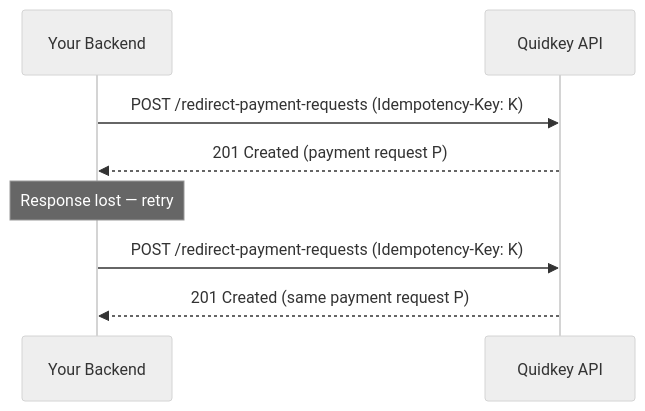
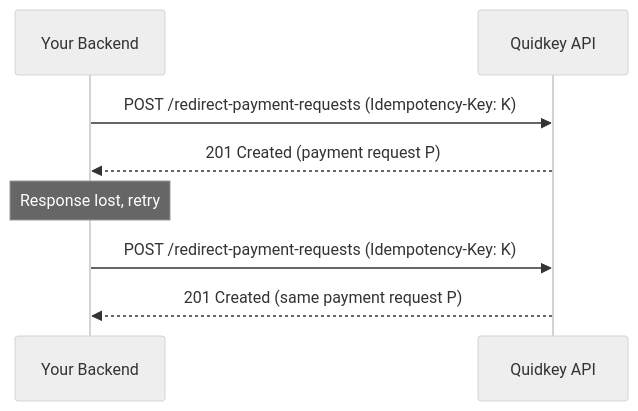
The diagram in guides/payment-api/concepts/idempotency.mdx (Banqzinc/docs), drawn with Mermaid (neutral theme) before and after one commit. The commit also changed other lines of this file and 10 other files, not shown here.

````diff
--- a/guides/payment-api/concepts/idempotency.mdx
+++ b/guides/payment-api/concepts/idempotency.mdx
@@ -74,10 +76,10 @@
 ```mermaid
 sequenceDiagram
     participant App as Your Backend
     participant API as Quidkey API
     App->>API: POST /redirect-payment-requests (Idempotency-Key: K)
     API-->>App: 201 Created (payment request P)
-    Note over App: Response lost — retry
+    Note over App: Response lost, retry
     App->>API: POST /redirect-payment-requests (Idempotency-Key: K)
     API-->>App: 201 Created (same payment request P)
 ```
````
